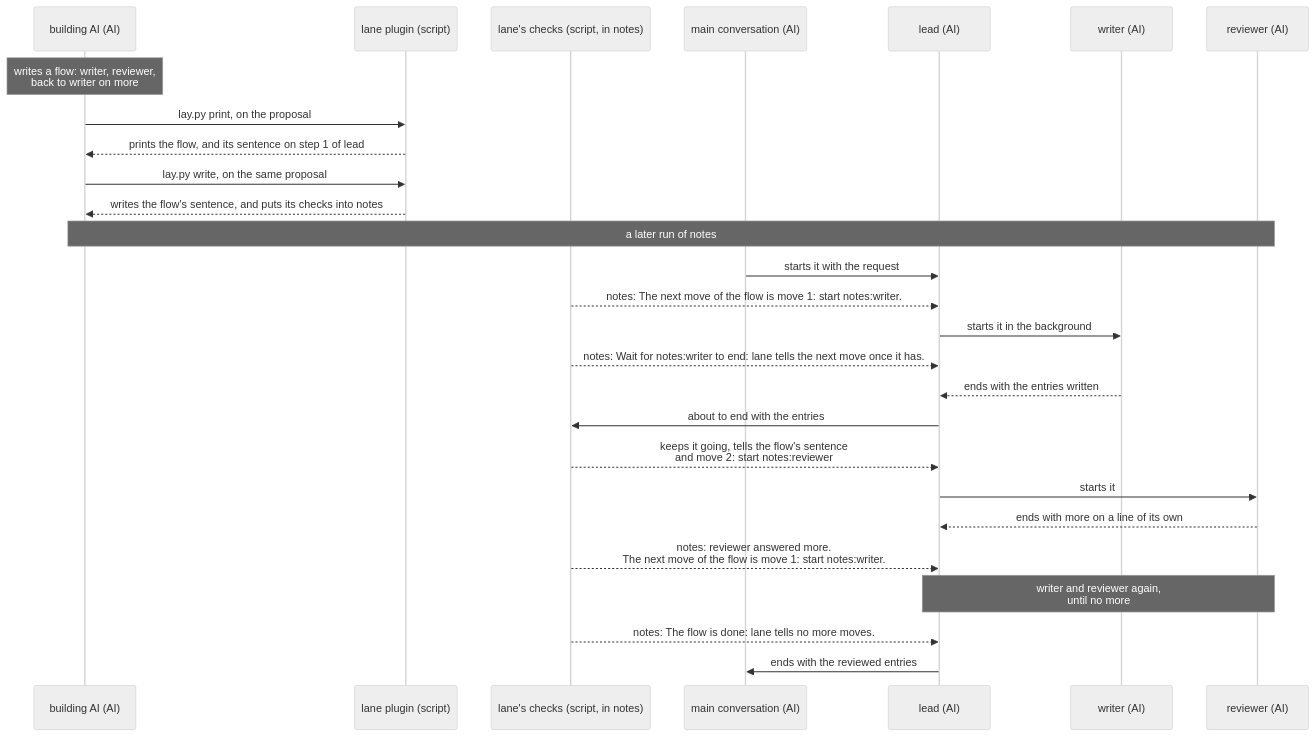
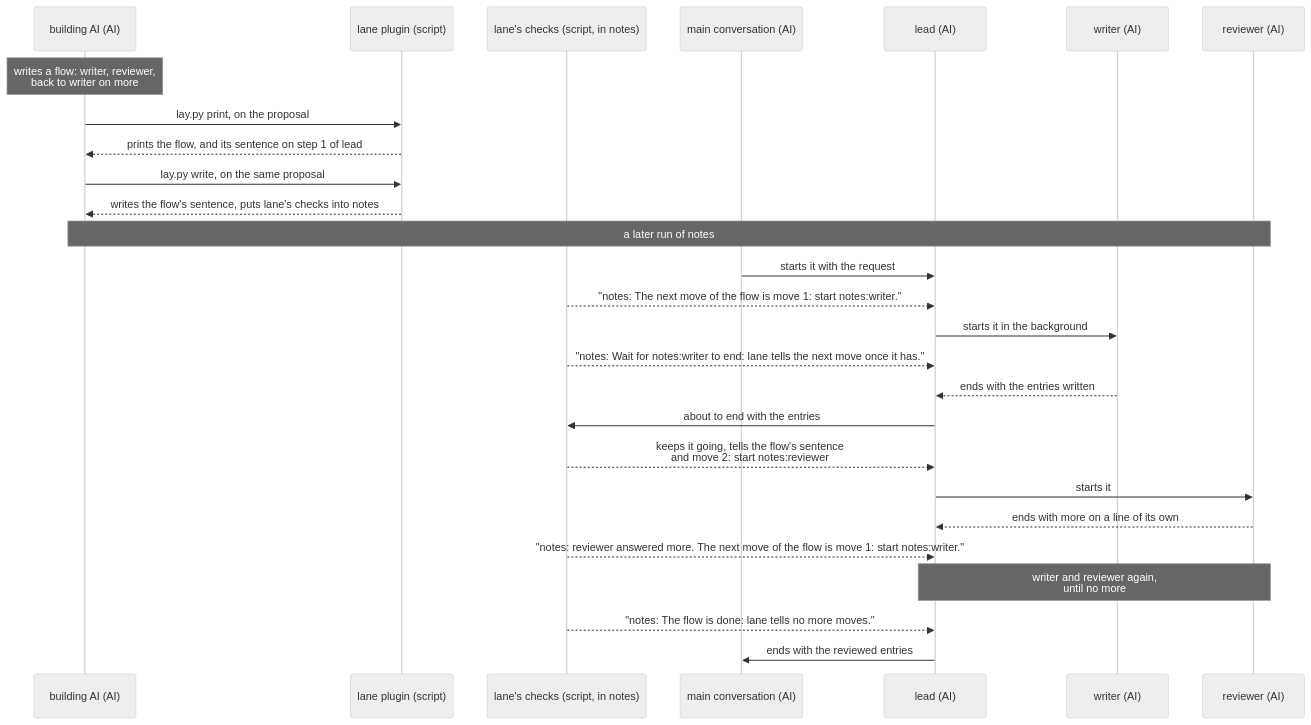
One commit to lovaizu/ccpm changed the second of 2 diagrams in dev/lane/ux.md. Above: the diagram before and after it, drawn with Mermaid (neutral theme). The commit also changed other lines of this file, not shown here.

````diff
--- a/dev/lane/ux.md
+++ b/dev/lane/ux.md
@@ -142,29 +149,29 @@
 ```mermaid
 sequenceDiagram
   participant A as building AI (AI)
   participant L as lane plugin (script)
   participant K as lane's checks (script, in notes)
   participant M as main conversation (AI)
   participant O as lead (AI)
   participant W as writer (AI)
   participant R as reviewer (AI)
   Note over A: writes a flow: writer, reviewer,<br>back to writer on more
   A->>L: lay.py print, on the proposal
   L-->>A: prints the flow, and its sentence on step 1 of lead
   A->>L: lay.py write, on the same proposal
-  L-->>A: writes the flow's sentence, and puts its checks into notes
+  L-->>A: writes the flow's sentence, puts lane's checks into notes
   Note over A,R: a later run of notes
   M->>O: starts it with the request
-  K-->>O: notes: The next move of the flow is move 1: start notes:writer.
+  K-->>O: "notes: The next move of the flow is move 1: start notes:writer."
   O->>W: starts it in the background
-  K-->>O: notes: Wait for notes:writer to end: lane tells the next move once it has.
+  K-->>O: "notes: Wait for notes:writer to end: lane tells the next move once it has."
   W-->>O: ends with the entries written
   O->>K: about to end with the entries
   K-->>O: keeps it going, tells the flow's sentence<br>and move 2: start notes:reviewer
   O->>R: starts it
   R-->>O: ends with more on a line of its own
-  K-->>O: notes: reviewer answered more.<br>The next move of the flow is move 1: start notes:writer.
+  K-->>O: "notes: reviewer answered more. The next move of the flow is move 1: start notes:writer."
   Note over O,R: writer and reviewer again,<br>until no more
-  K-->>O: notes: The flow is done: lane tells no more moves.
+  K-->>O: "notes: The flow is done: lane tells no more moves."
   O->>M: ends with the reviewed entries
 ```
````
